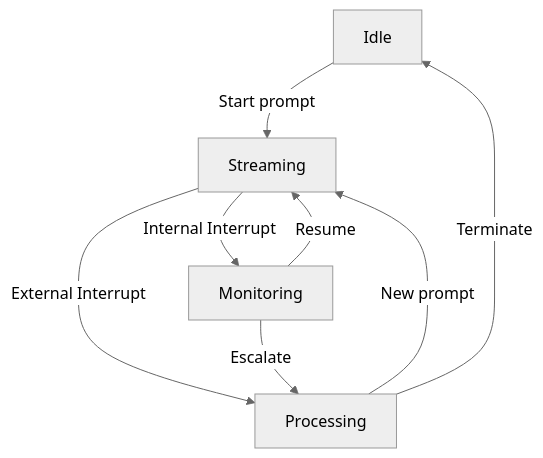
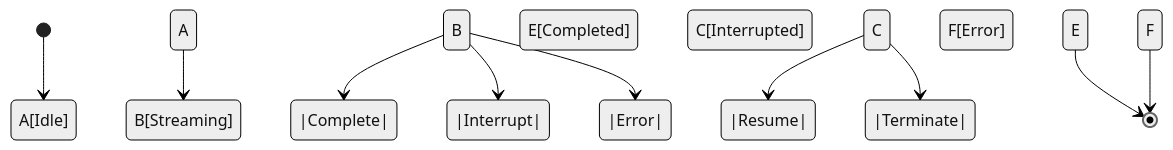
The diagram in doc/architecture/llm-streams.md (tisztamo/Meditator), drawn with Mermaid (neutral theme) before and after one commit. The commit also changed other lines of this file and 23 other files, not shown here.

Commit message:
Websockets first scetch and architecture improvements

````diff
--- a/doc/architecture/llm-streams.md
+++ b/doc/architecture/llm-streams.md
@@ -5,10 +9,12 @@
 ```mermaid
-graph TD
-  A[Idle] -->|Start prompt| B[Streaming]
-  B -->|Internal Interrupt| C[Monitoring]
-  B -->|External Interrupt| D[Processing]
-  C -->|Resume| B
-  C -->|Escalate| D
-  D -->|New prompt| B
-  D -->|Terminate| A
+stateDiagram-v2
+    [*] --> A[Idle]
+    A --> B[Streaming]
+    B -->|Complete| E[Completed]
+    B -->|Interrupt| C[Interrupted]
+    C -->|Resume| B
+    C -->|Terminate| A
+    B -->|Error| F[Error]
+    E --> [*]
+    F --> [*]
 ```
````
